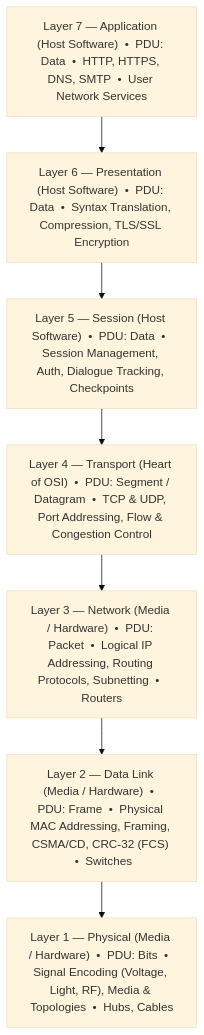
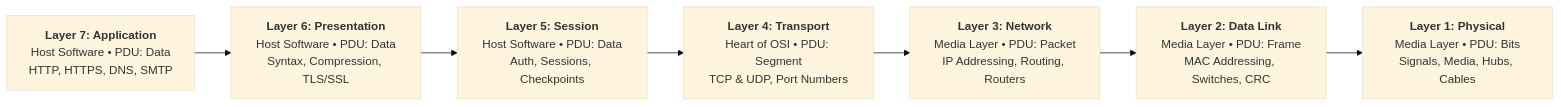
The first of 5 diagrams in 03-Computer-Networks/OSI-Model-7-Layers.md (rohithgowda18/Notes), drawn with Mermaid (base theme) before and after one commit. The commit also changed other lines of this file, not shown here.

Commit message:
style: convert 7-layer architecture and devices diagrams to horizontal flowchart LR layout

````diff
--- a/03-Computer-Networks/OSI-Model-7-Layers.md
+++ b/03-Computer-Networks/OSI-Model-7-Layers.md
@@ -36,12 +36,12 @@
 ```mermaid
-flowchart TD
-    L7["Layer 7 — Application (Host Software) &nbsp;•&nbsp; PDU: Data &nbsp;•&nbsp; HTTP, HTTPS, DNS, SMTP &nbsp;•&nbsp; User Network Services"]
-    L6["Layer 6 — Presentation (Host Software) &nbsp;•&nbsp; PDU: Data &nbsp;•&nbsp; Syntax Translation, Compression, TLS/SSL Encryption"]
-    L5["Layer 5 — Session (Host Software) &nbsp;•&nbsp; PDU: Data &nbsp;•&nbsp; Session Management, Auth, Dialogue Tracking, Checkpoints"]
-    L4["Layer 4 — Transport (Heart of OSI) &nbsp;•&nbsp; PDU: Segment / Datagram &nbsp;•&nbsp; TCP & UDP, Port Addressing, Flow & Congestion Control"]
-    L3["Layer 3 — Network (Media / Hardware) &nbsp;•&nbsp; PDU: Packet &nbsp;•&nbsp; Logical IP Addressing, Routing Protocols, Subnetting &nbsp;•&nbsp; Routers"]
-    L2["Layer 2 — Data Link (Media / Hardware) &nbsp;•&nbsp; PDU: Frame &nbsp;•&nbsp; Physical MAC Addressing, Framing, CSMA/CD, CRC-32 (FCS) &nbsp;•&nbsp; Switches"]
-    L1["Layer 1 — Physical (Media / Hardware) &nbsp;•&nbsp; PDU: Bits &nbsp;•&nbsp; Signal Encoding (Voltage, Light, RF), Media & Topologies &nbsp;•&nbsp; Hubs, Cables"]
+flowchart LR
+    L7["<b>Layer 7: Application</b><br/>Host Software &bull; PDU: Data<br/>HTTP, HTTPS, DNS, SMTP"]
+    L6["<b>Layer 6: Presentation</b><br/>Host Software &bull; PDU: Data<br/>Syntax, Compression, TLS/SSL"]
+    L5["<b>Layer 5: Session</b><br/>Host Software &bull; PDU: Data<br/>Auth, Sessions, Checkpoints"]
+    L4["<b>Layer 4: Transport</b><br/>Heart of OSI &bull; PDU: Segment<br/>TCP & UDP, Port Numbers"]
+    L3["<b>Layer 3: Network</b><br/>Media Layer &bull; PDU: Packet<br/>IP Addressing, Routing, Routers"]
+    L2["<b>Layer 2: Data Link</b><br/>Media Layer &bull; PDU: Frame<br/>MAC Addressing, Switches, CRC"]
+    L1["<b>Layer 1: Physical</b><br/>Media Layer &bull; PDU: Bits<br/>Signals, Media, Hubs, Cables"]
 
     L7 --> L6 --> L5 --> L4 --> L3 --> L2 --> L1
 ```
````
